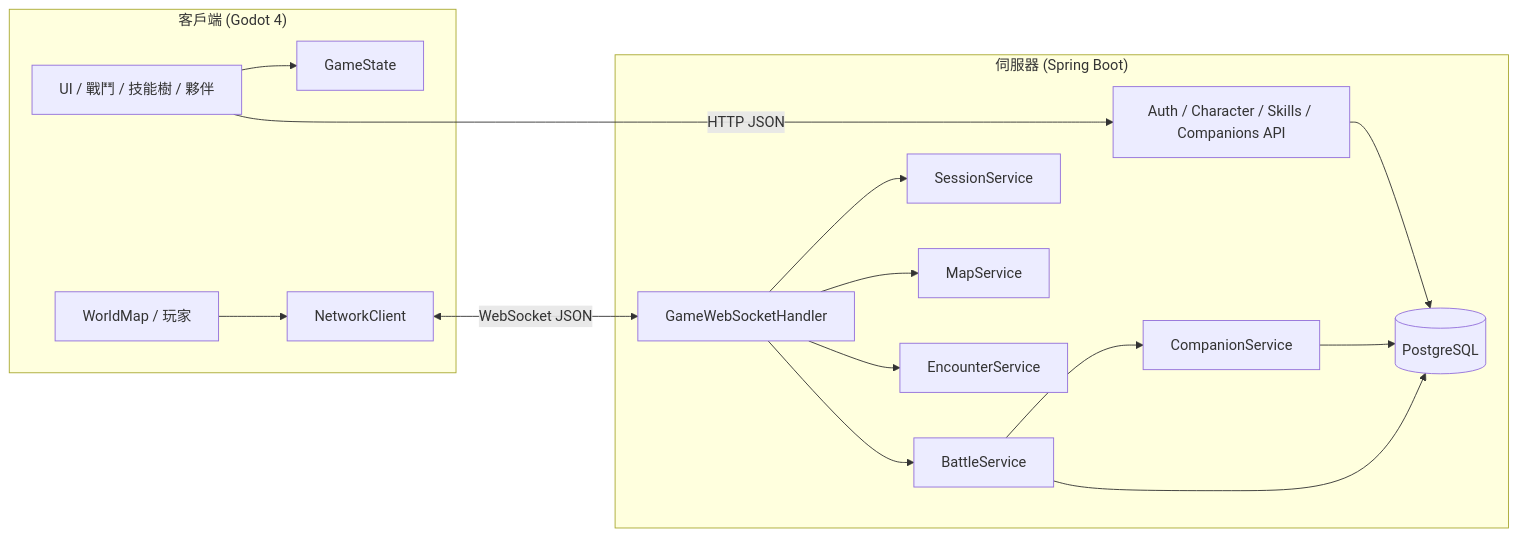
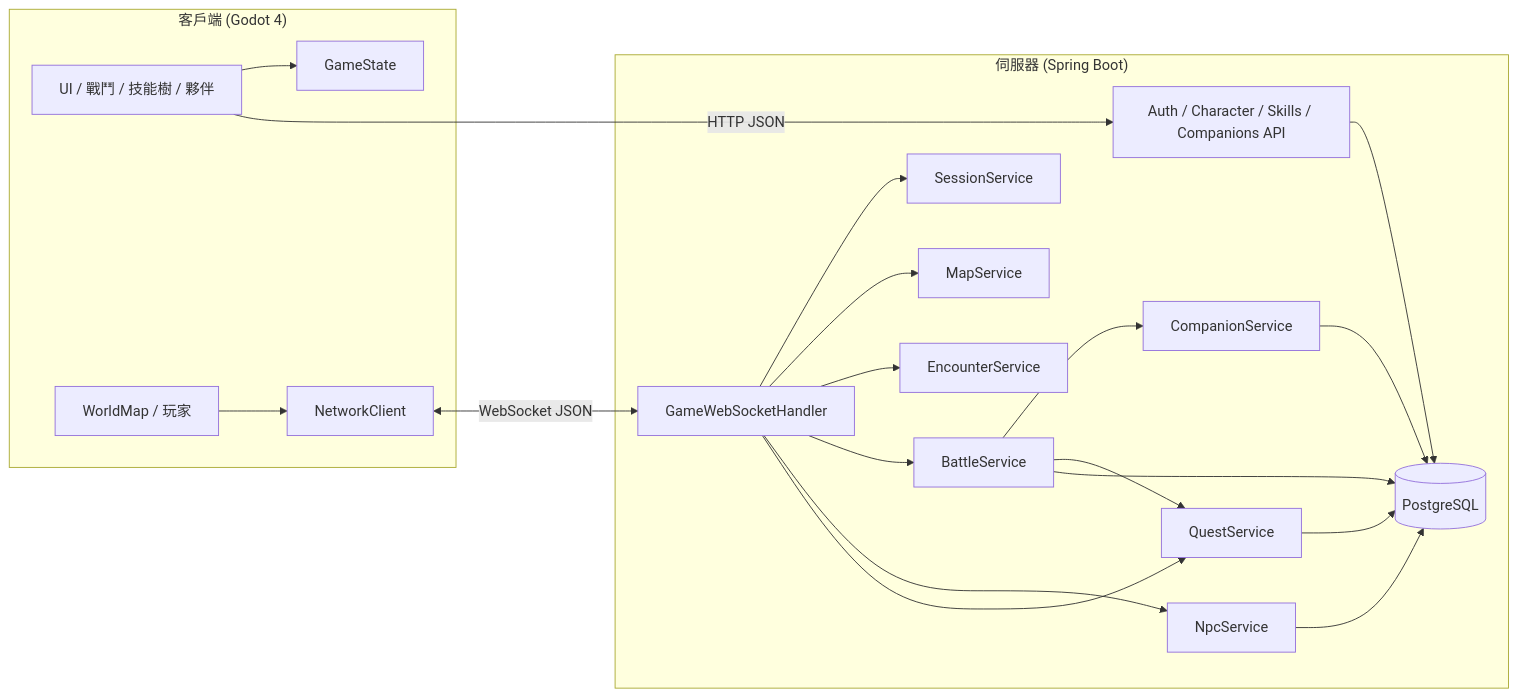
One commit to cliffjusttest/DeJaBu changed the diagram in README.md. Above: the diagram before and after it, drawn with Mermaid. The commit also changed other lines of this file and 25 other files, not shown here.

First line of the commit message:
feat: add NPC dialogue tree and quest system

````diff
--- a/README.md
+++ b/README.md
@@ -7,33 +7,40 @@
 ```mermaid
 flowchart LR
     subgraph Client["客戶端 (Godot 4)"]
         UI[UI / 戰鬥 / 技能樹 / 夥伴]
         World[WorldMap / 玩家]
         Net[NetworkClient]
         State[GameState]
     end
 
     subgraph Server["伺服器 (Spring Boot)"]
         REST[Auth / Character / Skills / Companions API]
         WS[GameWebSocketHandler]
         Session[SessionService]
         Battle[BattleService]
         Map[MapService]
         Encounter[EncounterService]
         Companion[CompanionService]
+        NPC[NpcService]
+        Quest[QuestService]
         DB[(PostgreSQL)]
     end
 
     UI --> State
     World --> Net
     UI -->|HTTP JSON| REST
     Net <-->|WebSocket JSON| WS
     REST --> DB
     WS --> Session
     WS --> Map
     WS --> Encounter
     WS --> Battle
+    WS --> NPC
+    WS --> Quest
     Battle --> Companion
+    Battle --> Quest
     Battle --> DB
     Companion --> DB
+    NPC --> DB
+    Quest --> DB
 ```
````
